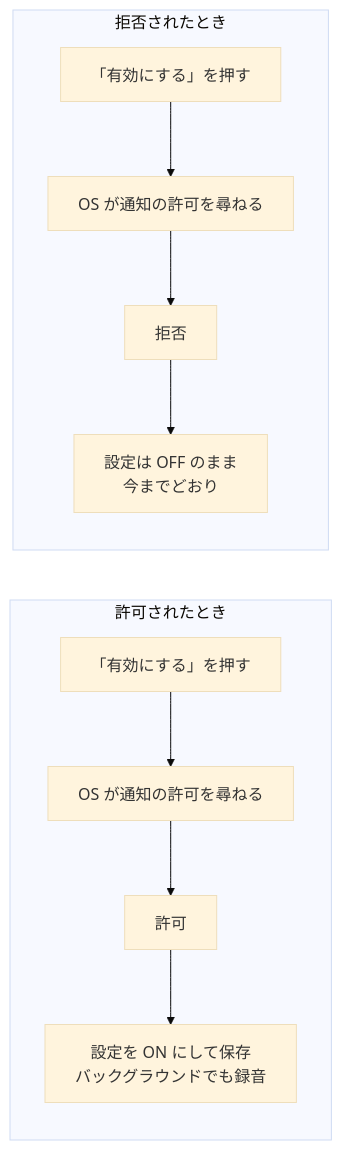
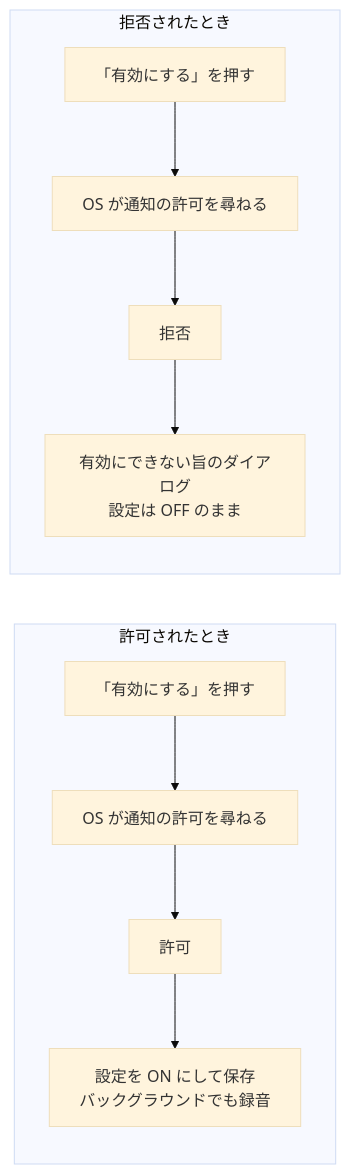
Before and after one commit to NobuyukiMorii/momeo: the diagram in notes/background_recording/impl/phase1/step03_notification_permission_gate.md, drawn with Mermaid (base theme). The commit also changed other lines of this file and 3 other files, not shown here.

````diff
--- a/notes/background_recording/impl/phase1/step03_notification_permission_gate.md
+++ b/notes/background_recording/impl/phase1/step03_notification_permission_gate.md
@@ -29,9 +29,9 @@
 ```mermaid
 flowchart LR
     subgraph ok["許可されたとき"]
         a1["「有効にする」を押す"] --> a2["OS が通知の許可を尋ねる"] --> a3[許可] --> a4["設定を ON にして保存<br/>バックグラウンドでも録音"]
     end
     subgraph ng["拒否されたとき"]
-        b1["「有効にする」を押す"] --> b2["OS が通知の許可を尋ねる"] --> b3[拒否] --> b4["設定は OFF のまま<br/>今までどおり"]
+        b1["「有効にする」を押す"] --> b2["OS が通知の許可を尋ねる"] --> b3[拒否] --> b4["有効にできない旨のダイアログ<br/>設定は OFF のまま"]
     end
 ```
````
